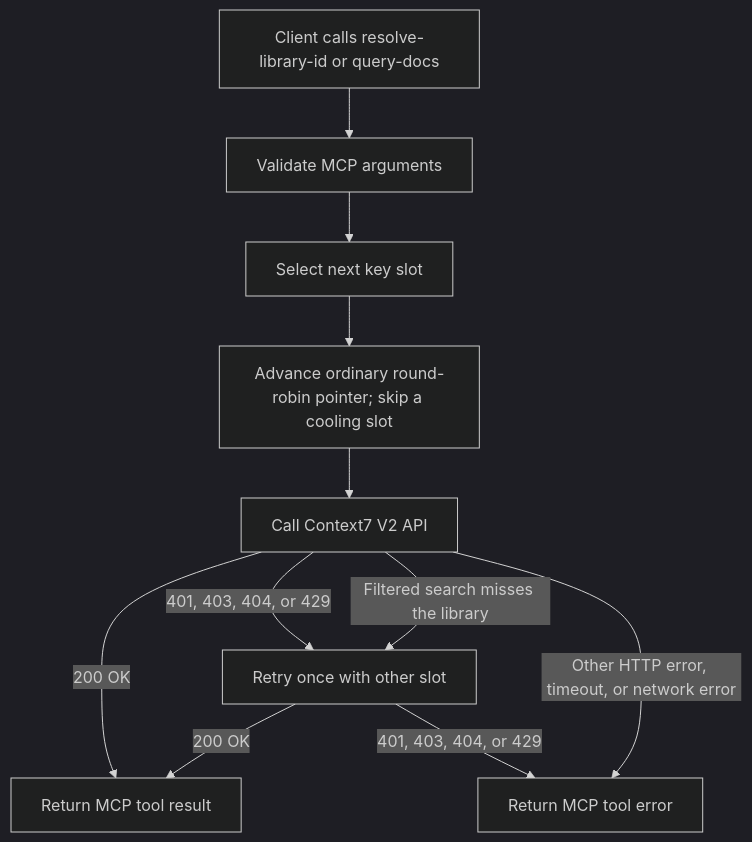
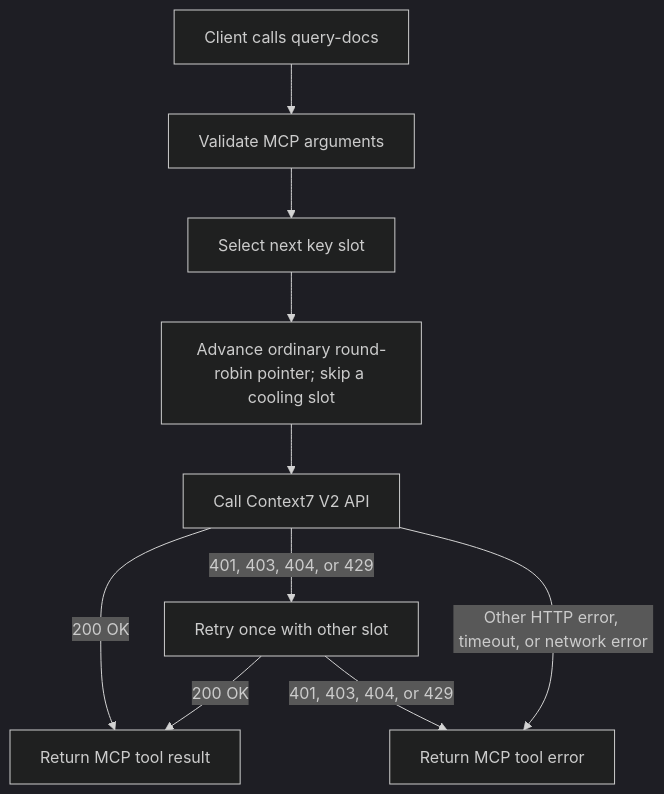
The diagram in README.md (MooseGooseConsulting/context7-key-rotator-mcp), drawn with Mermaid (dark theme) before and after one commit. The commit also changed other lines of this file and 3 other files, not shown here.

````diff
--- a/README.md
+++ b/README.md
@@ -22,13 +22,12 @@
 ```mermaid
 flowchart TD
-    A[Client calls resolve-library-id or query-docs] --> B[Validate MCP arguments]
+    A[Client calls query-docs] --> B[Validate MCP arguments]
     B --> C[Select next key slot]
     C --> D[Advance ordinary round-robin pointer; skip a cooling slot]
     D --> E[Call Context7 V2 API]
     E -->|200 OK| F[Return MCP tool result]
     E -->|401, 403, 404, or 429| G[Retry once with other slot]
-    E -->|Filtered search misses the library| G
     G -->|200 OK| F
     G -->|401, 403, 404, or 429| H[Return MCP tool error]
     E -->|Other HTTP error, timeout, or network error| H
 ```
````
